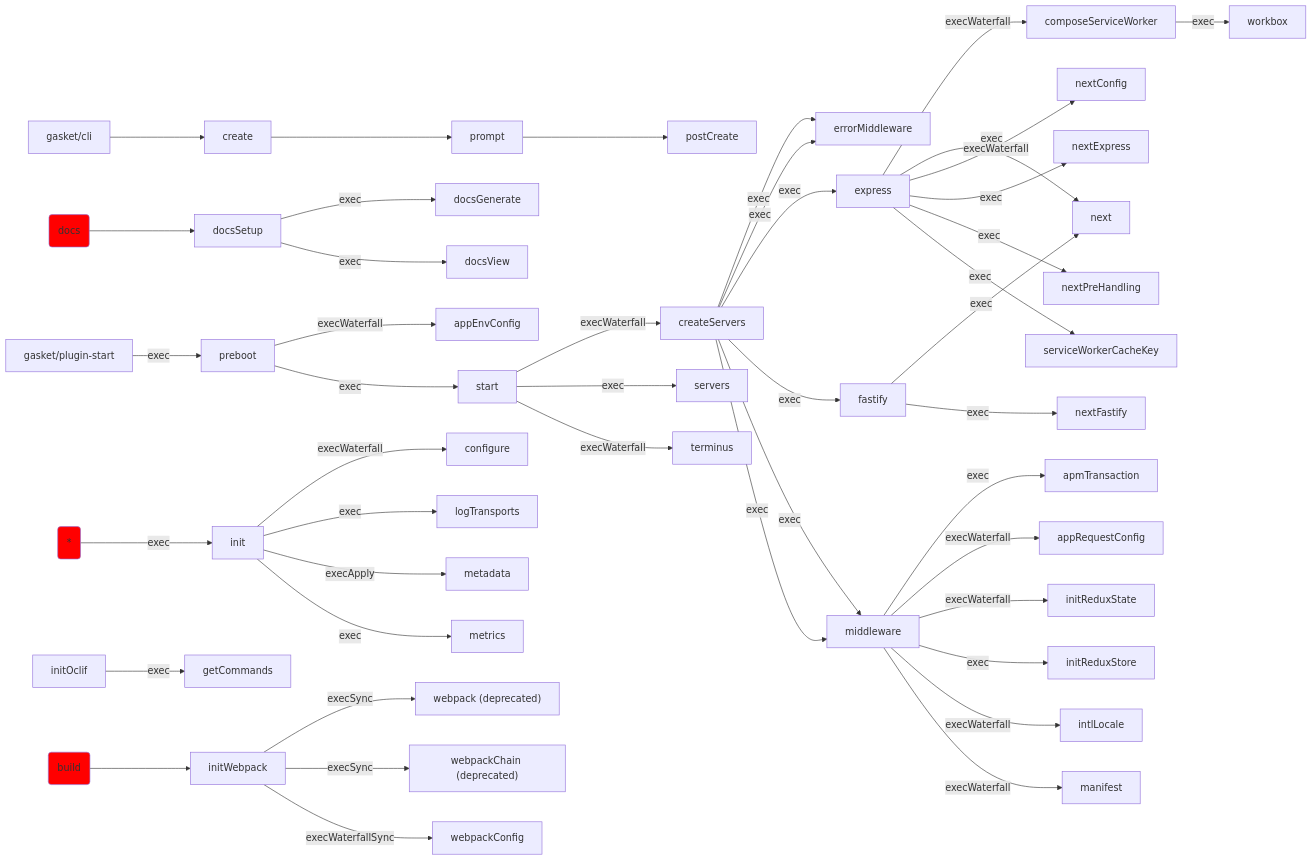
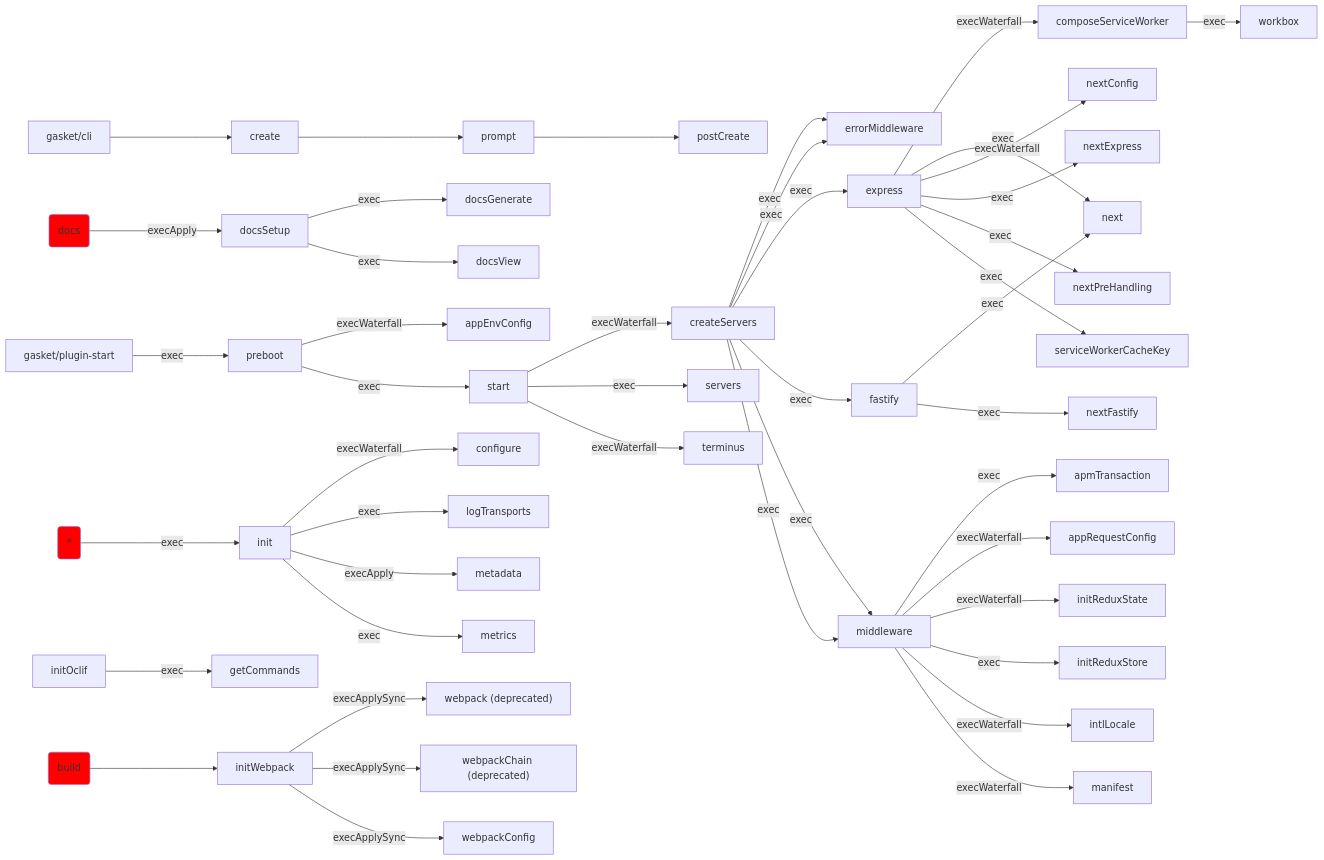
Before and after one commit to godaddy/gasket: the diagram in docs/generated-docs/lifecycle-graphs.md, drawn with Mermaid. The commit also changed 5 other files, not shown here.

````diff
--- a/docs/generated-docs/lifecycle-graphs.md
+++ b/docs/generated-docs/lifecycle-graphs.md
@@ -1,49 +1,49 @@
 ```mermaid
 graph LR;
 middleware -- exec --> apmTransaction;
 preboot -- execWaterfall --> appEnvConfig;
 middleware -- execWaterfall --> appRequestConfig;
 express -- execWaterfall --> composeServiceWorker;
 init -- execWaterfall --> configure;
 gasket/cli --> create;
 start -- execWaterfall --> createServers;
 docsSetup -- exec --> docsGenerate;
-docs-cmd(docs) --> docsSetup;
+docs-cmd(docs) -- execApply --> docsSetup;
 docsSetup -- exec --> docsView;
 createServers -- exec --> errorMiddleware;
 createServers -- exec --> errorMiddleware;
 createServers -- exec --> express;
 createServers -- exec --> fastify;
 initOclif -- exec --> getCommands;
 *-cmd(*) -- exec --> init;
 middleware -- execWaterfall --> initReduxState;
 middleware -- exec --> initReduxStore;
 build-cmd(build) --> initWebpack;
 middleware -- execWaterfall --> intlLocale;
 init -- exec --> logTransports;
 middleware -- execWaterfall --> manifest;
 init -- execApply --> metadata;
 init -- exec --> metrics;
 createServers -- exec --> middleware;
 createServers -- exec --> middleware;
 express -- exec --> next;
 fastify -- exec --> next;
 express -- execWaterfall --> nextConfig;
 express -- exec --> nextExpress;
 fastify -- exec --> nextFastify;
 express -- exec --> nextPreHandling;
 prompt --> postCreate;
 gasket/plugin-start -- exec --> preboot;
 create --> prompt;
 start -- exec --> servers;
 express -- exec --> serviceWorkerCacheKey;
 preboot -- exec --> start;
 start -- execWaterfall --> terminus;
-initWebpack -- execSync --> webpack["webpack (deprecated)"];
-initWebpack -- execSync --> webpackChain["webpackChain (deprecated)"];
-initWebpack -- execWaterfallSync --> webpackConfig;
+initWebpack -- execApplySync --> webpack["webpack (deprecated)"];
+initWebpack -- execApplySync --> webpackChain["webpackChain (deprecated)"];
+initWebpack -- execApplySync --> webpackConfig;
 composeServiceWorker -- exec --> workbox;
 style docs-cmd fill: red;
 style *-cmd fill: red;
 style build-cmd fill: red;
 ```
````
